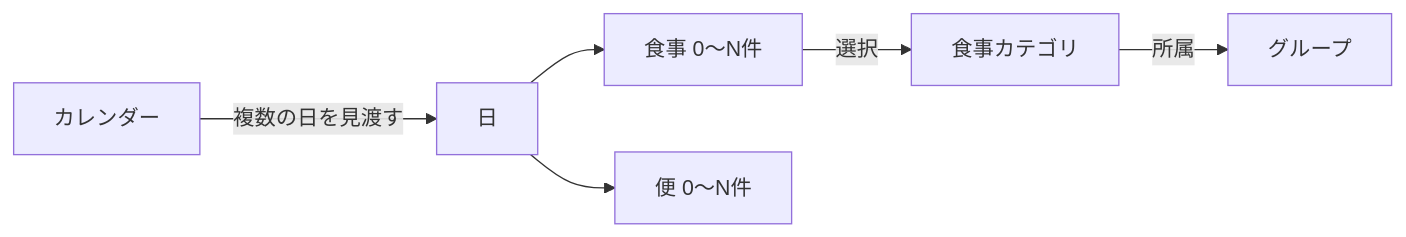
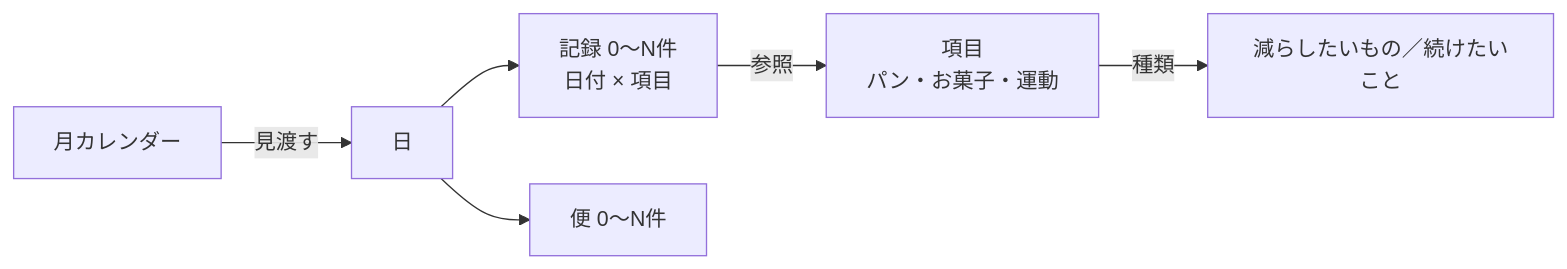
Before and after one commit to ogitet/meal-stool-tracker: the first of 2 diagrams in docs/03-structure.md, drawn with Mermaid. The commit also changed other lines of this file and 3 other files, not shown here.

````diff
--- a/docs/03-structure.md
+++ b/docs/03-structure.md
@@ -27,8 +26,8 @@
 ```mermaid
 flowchart LR
-  Cal[カレンダー] -->|複数の日を見渡す| Day[日]
-  Day --> Meal[食事 0〜N件]
+  Cal[月カレンダー] -->|見渡す| Day[日]
+  Day --> Mark[記録 0〜N件<br>日付 × 項目]
   Day --> Stool[便 0〜N件]
-  Meal -->|選択| Cat[食事カテゴリ]
-  Cat -->|所属| Group[グループ]
+  Mark -->|参照| Item[項目<br>パン・お菓子・運動]
+  Item -->|種類| Kind[減らしたいもの／続けたいこと]
 ```
````
